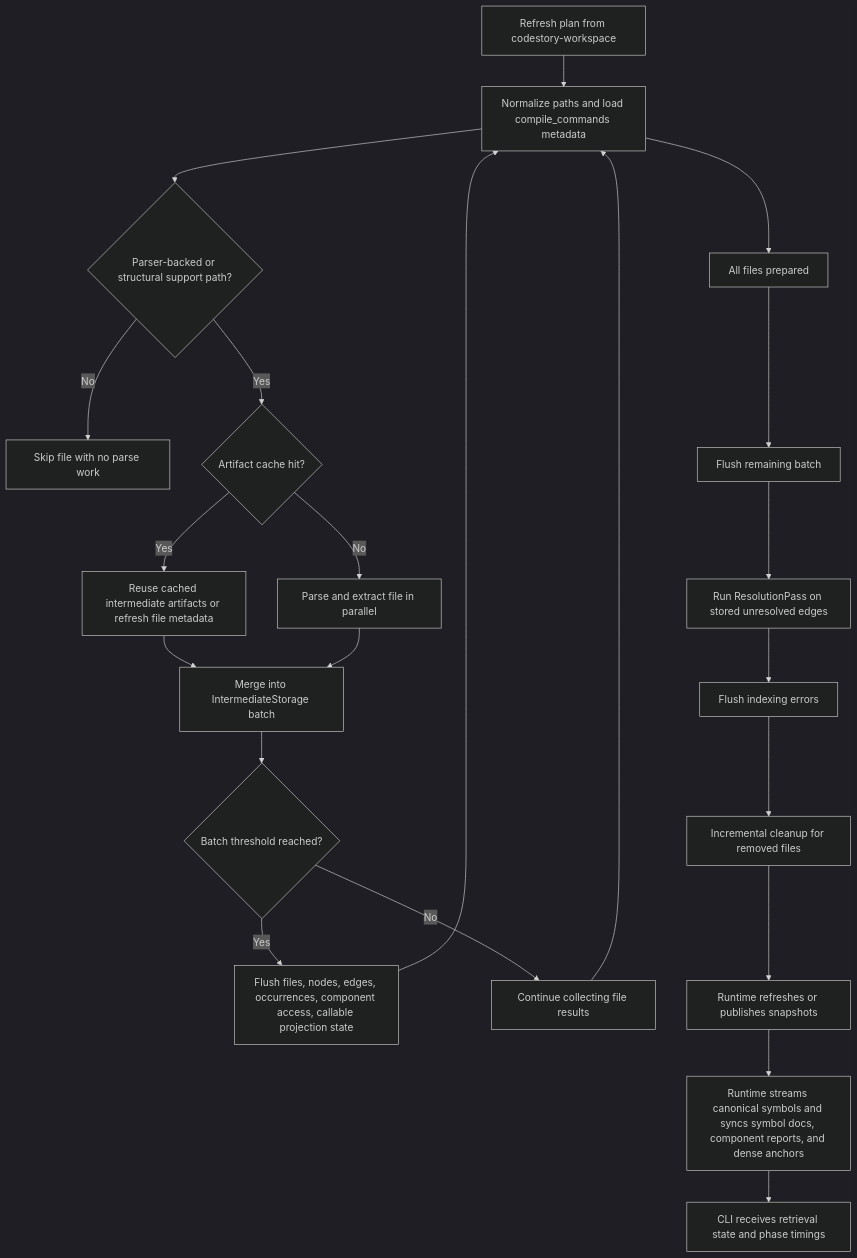
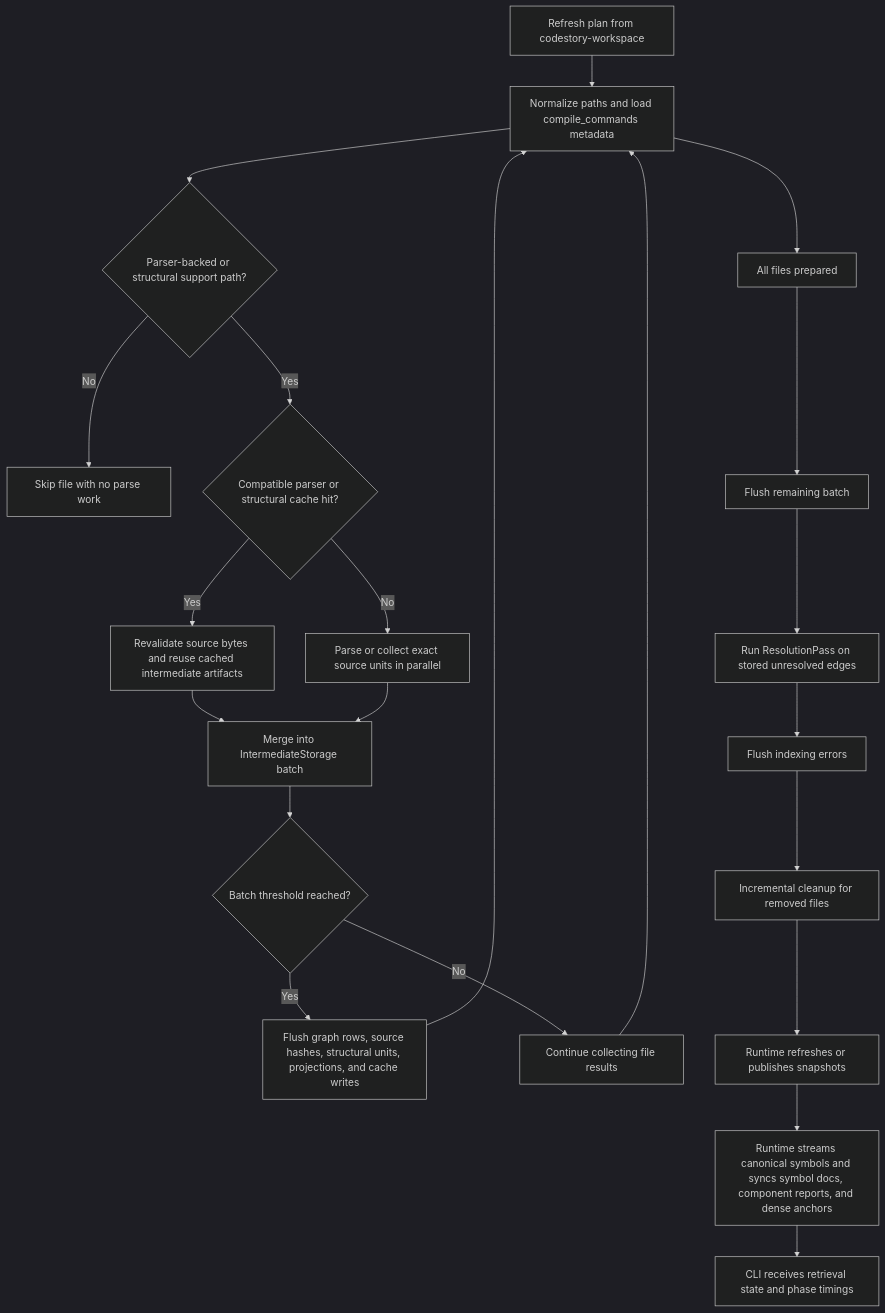
Before and after one commit to TheGreenCedar/CodeStory: the third of 3 diagrams in docs/architecture/indexing-pipeline.md, drawn with Mermaid (dark theme). The commit also changed other lines of this file and 25 other files, not shown here.

Commit message:
publish verified structural units

````diff
--- a/docs/architecture/indexing-pipeline.md
+++ b/docs/architecture/indexing-pipeline.md
@@ -83,24 +83,24 @@
 ```mermaid
 flowchart TD
     plan["Refresh plan from codestory-workspace"] --> prep["Normalize paths and load compile_commands metadata"]
     prep --> supported{"Parser-backed or structural support path?"}
     supported -->|"No"| skip["Skip file with no parse work"]
-    supported -->|"Yes"| cache{"Artifact cache hit?"}
-    cache -->|"Yes"| reuse["Reuse cached intermediate artifacts or refresh file metadata"]
-    cache -->|"No"| parse["Parse and extract file in parallel"]
+    supported -->|"Yes"| cache{"Compatible parser or structural cache hit?"}
+    cache -->|"Yes"| reuse["Revalidate source bytes and reuse cached intermediate artifacts"]
+    cache -->|"No"| parse["Parse or collect exact source units in parallel"]
     reuse --> merge["Merge into IntermediateStorage batch"]
     parse --> merge
     merge --> flush{"Batch threshold reached?"}
-    flush -->|"Yes"| write["Flush files, nodes, edges, occurrences, component access, callable projection state"]
+    flush -->|"Yes"| write["Flush graph rows, source hashes, structural units, projections, and cache writes"]
     flush -->|"No"| more["Continue collecting file results"]
     more --> prep
     write --> prep
     prep --> done["All files prepared"]
     done --> finalflush["Flush remaining batch"]
     finalflush --> resolve["Run ResolutionPass on stored unresolved edges"]
     resolve --> errors["Flush indexing errors"]
     errors --> cleanup["Incremental cleanup for removed files"]
     cleanup --> snapshots["Runtime refreshes or publishes snapshots"]
     snapshots --> semantic["Runtime streams canonical symbols and syncs symbol docs, component reports, and dense anchors"]
     semantic --> summary["CLI receives retrieval state and phase timings"]
 ```
````
